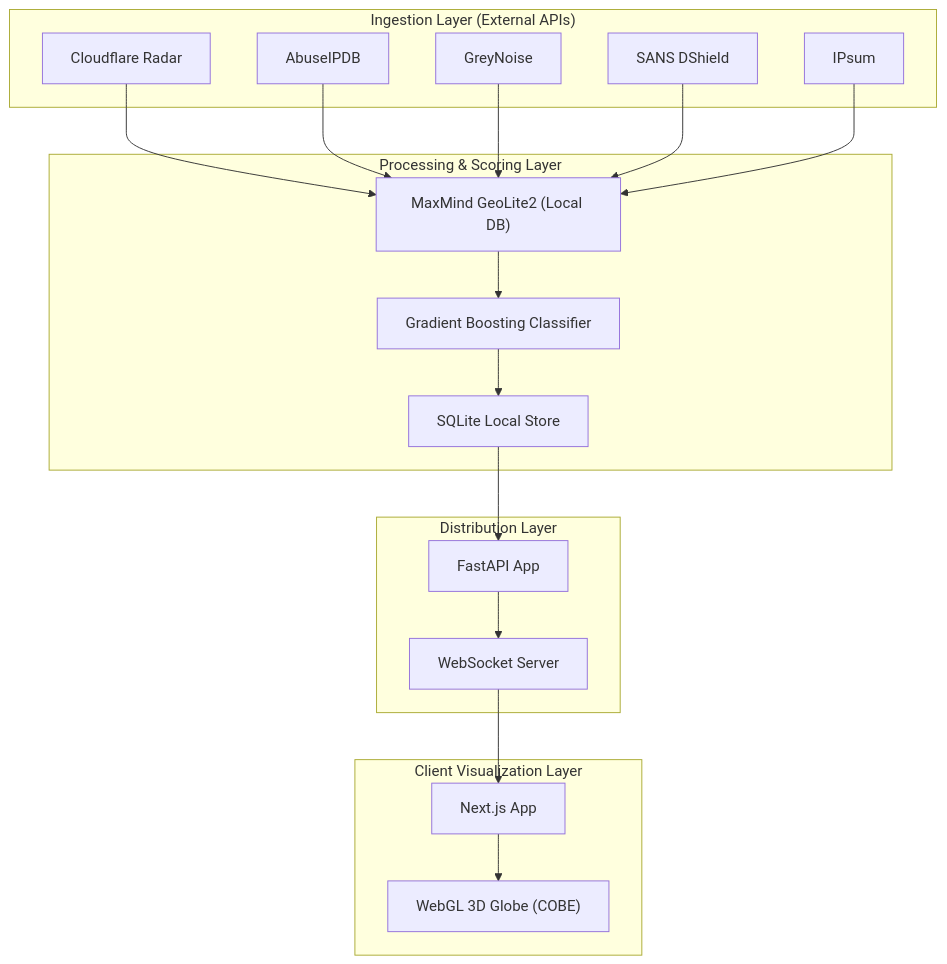
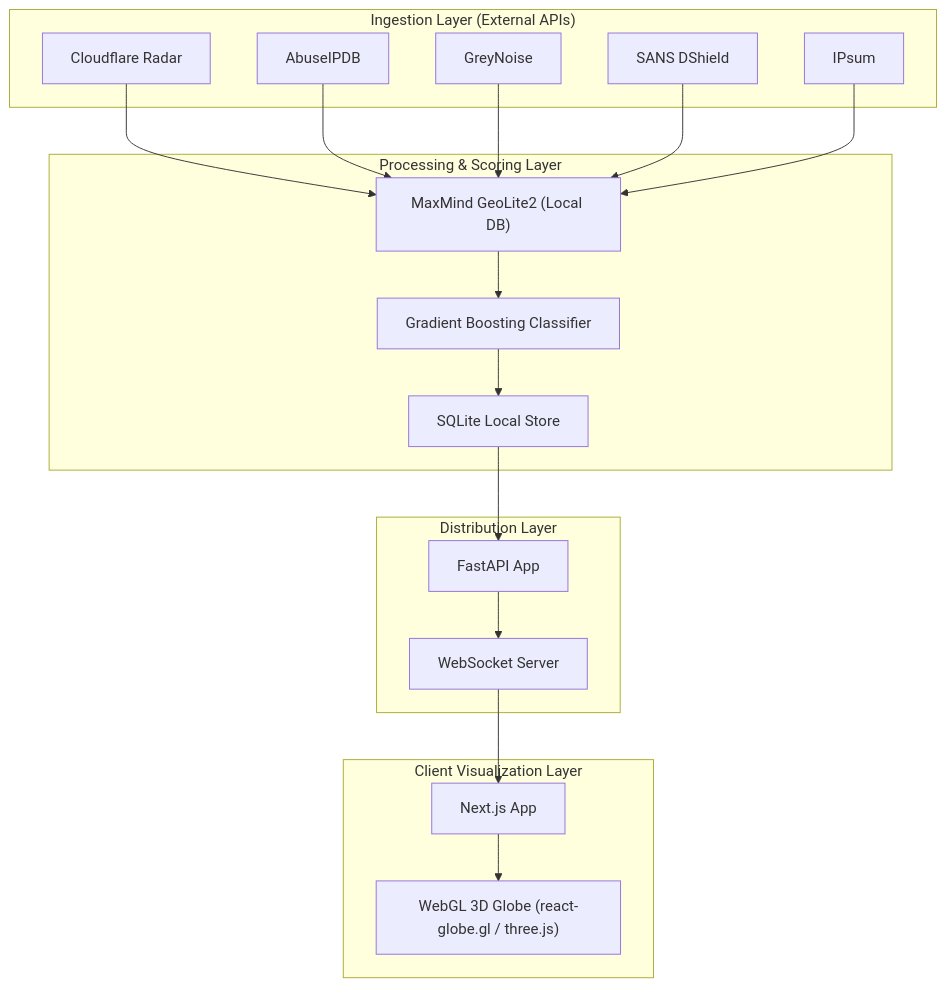
One commit to swap-mitra/live-ddos-map changed the third of 3 diagrams in README.md. Above: the diagram before and after it, drawn with Mermaid. The commit also changed other lines of this file, not shown here.

Commit message:
docs: describe the globe as arcs on react-globe.gl, credit the textures

````diff
--- a/README.md
+++ b/README.md
@@ -105,38 +105,38 @@
 ```mermaid
 flowchart TB
   subgraph Ingestion["Ingestion Layer (External APIs)"]
     cf["Cloudflare Radar"]
     abuse["AbuseIPDB"]
     gn["GreyNoise"]
     ds["SANS DShield"]
     ip["IPsum"]
   end
 
   subgraph Processing["Processing & Scoring Layer"]
     geo["MaxMind GeoLite2 (Local DB)"]
     ml["Gradient Boosting Classifier"]
     sqlite["SQLite Local Store"]
   end
 
   subgraph Distribution["Distribution Layer"]
     fastapi["FastAPI App"]
     ws["WebSocket Server"]
   end
 
   subgraph Visualization["Client Visualization Layer"]
     ui["Next.js App"]
-    cobe["WebGL 3D Globe (COBE)"]
+    globe["WebGL 3D Globe (react-globe.gl / three.js)"]
   end
 
   cf --> geo
   abuse --> geo
   gn --> geo
   ds --> geo
   ip --> geo
   geo --> ml
   ml --> sqlite
   sqlite --> fastapi
   fastapi --> ws
   ws --> ui
-  ui --> cobe
+  ui --> globe
 ```
````
